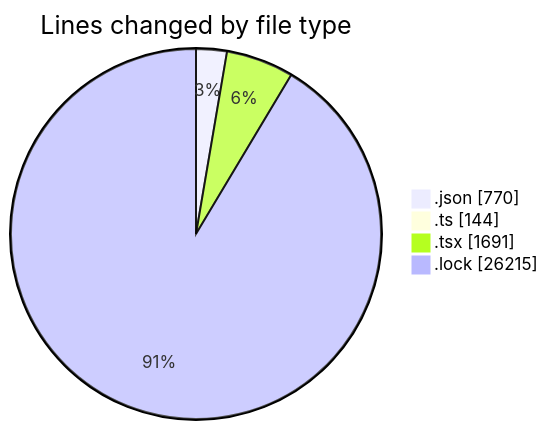
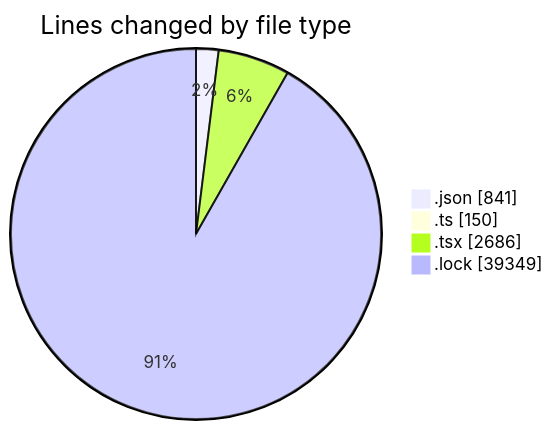
One commit to momahboobian/code-tracking changed the first of 2 diagrams in 2025-05-07/cda/README.md. Above: the diagram before and after it, drawn with Mermaid. The commit also changed other lines of this file and 1 other file, not shown here.

````diff
--- a/2025-05-07/cda/README.md
+++ b/2025-05-07/cda/README.md
@@ -47,8 +53,8 @@
 ```mermaid
 pie showData
 title Lines changed by file type
-".json" : 770
-".ts" : 144
-".tsx" : 1691
-".lock" : 26215
+".json" : 841
+".ts" : 150
+".tsx" : 2686
+".lock" : 39349
 ```
````
